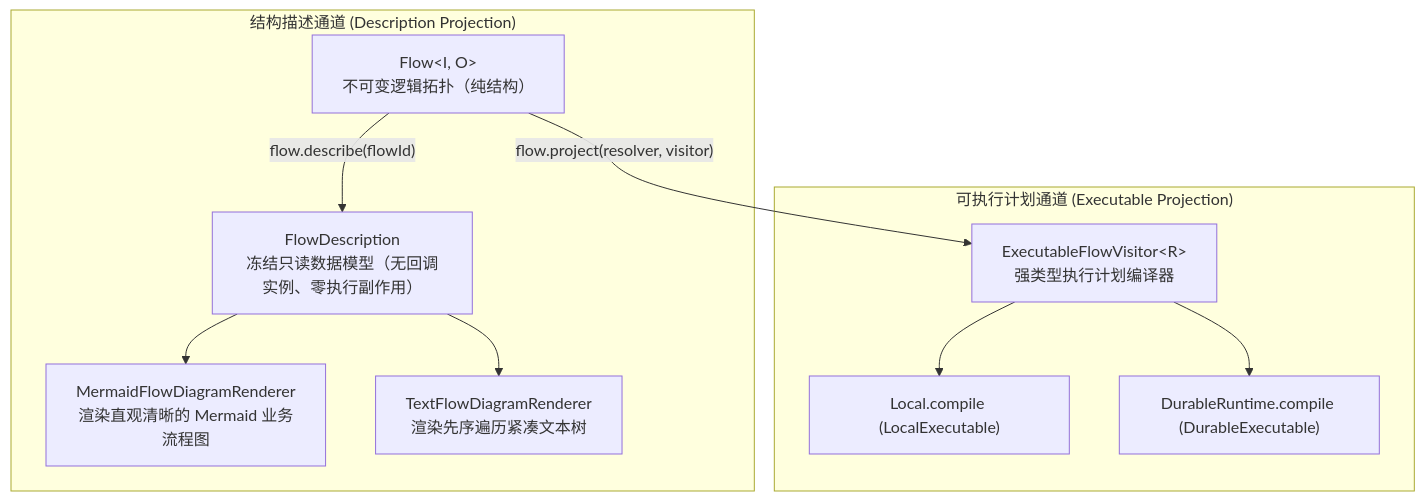
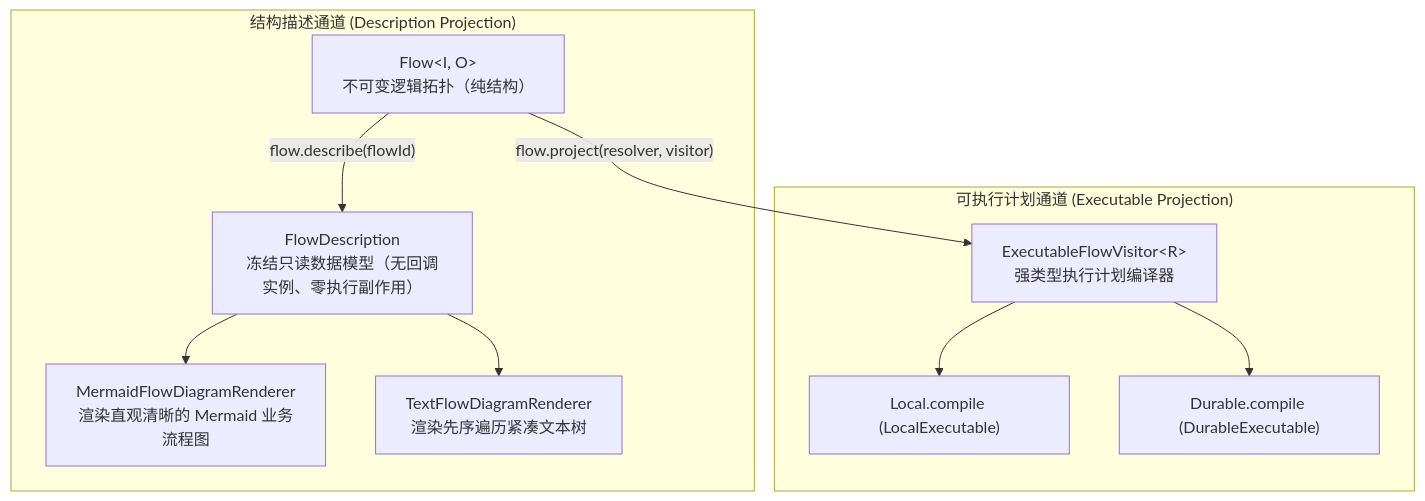
The first of 2 diagrams in docs/flow/flow-diagram.md (team4u/team4u-framework), drawn with Mermaid before and after one commit. The commit also changed 33 other files, not shown here.

Commit message:
refactor(flow-durable): rename DurableRuntime to Durable for symmetric facade architecture

````diff
--- a/docs/flow/flow-diagram.md
+++ b/docs/flow/flow-diagram.md
@@ -24,16 +24,16 @@
 ```mermaid
 graph TD
     F["Flow&lt;I, O&gt;<br/>不可变逻辑拓扑（纯结构）"]
     
     subgraph "结构描述通道 (Description Projection)"
         F -->|"flow.describe(flowId)"| FD["FlowDescription<br/>冻结只读数据模型（无回调实例、零执行副作用）"]
         FD --> MM["MermaidFlowDiagramRenderer<br/>渲染直观清晰的 Mermaid 业务流程图"]
         FD --> TX["TextFlowDiagramRenderer<br/>渲染先序遍历紧凑文本树"]
     end
 
     subgraph "可执行计划通道 (Executable Projection)"
         F -->|"flow.project(resolver, visitor)"| PE["ExecutableFlowVisitor&lt;R&gt;<br/>强类型执行计划编译器"]
         PE --> L["Local.compile (LocalExecutable)"]
-        PE --> D["DurableRuntime.compile (DurableExecutable)"]
+        PE --> D["Durable.compile (DurableExecutable)"]
     end
 ```
````
